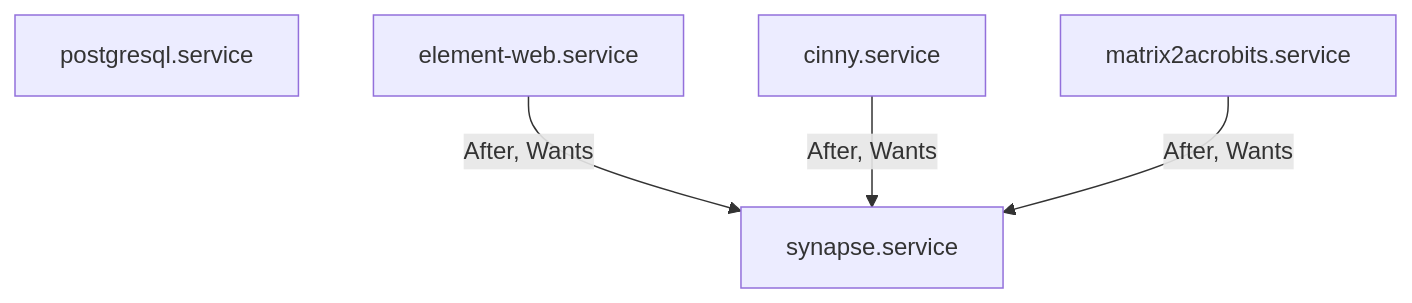
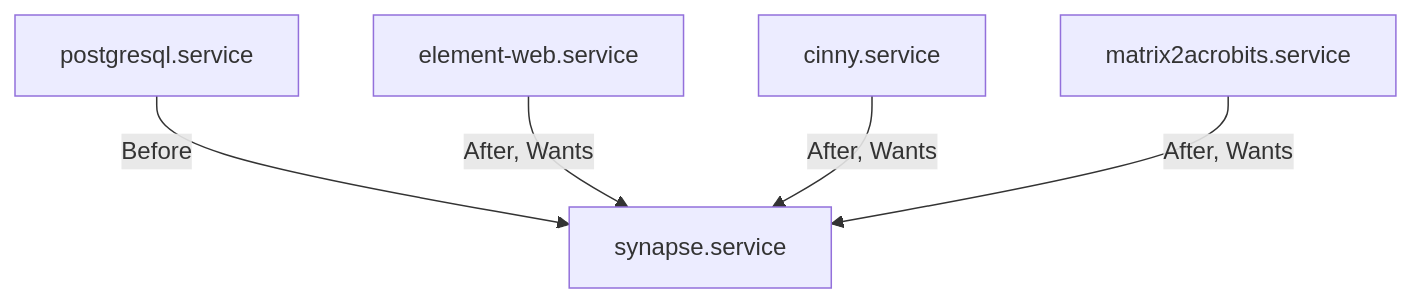
Before and after one commit to NethServer/ns8-matrix: the second of 4 diagrams in docs/architecture.md, drawn with Mermaid. The commit also changed other lines of this file and 1 other file, not shown here.

Commit message:
fixup! docs: split README into admin guide, architecture and NethVoice pages

````diff
--- a/docs/architecture.md
+++ b/docs/architecture.md
@@ -41,11 +55,12 @@
 ```mermaid
 flowchart TB
     PG[postgresql.service]
     SY[synapse.service]
     EW[element-web.service]
     CI[cinny.service]
     MA[matrix2acrobits.service]
+    PG -- "Before" --> SY
     EW -- "After, Wants" --> SY
     CI -- "After, Wants" --> SY
     MA -- "After, Wants" --> SY
 ```
````
